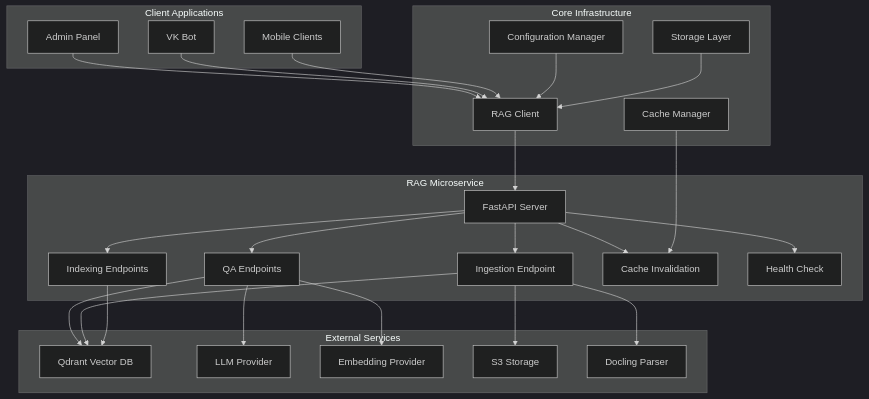
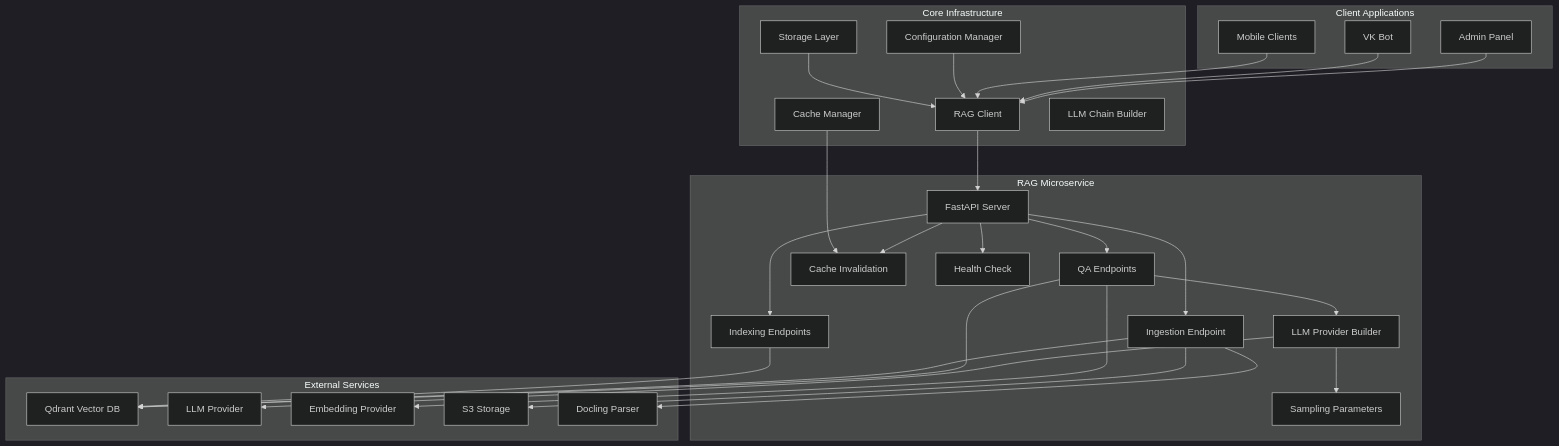
Before and after one commit to ognelis/cafetera_hr_bot: the first of 13 diagrams in .qoder/repowiki/en/content/API Reference/RAG Client Integration.md, drawn with Mermaid (dark theme). The commit also changed other lines of this file and 9 other files, not shown here.

````diff
--- a/.qoder/repowiki/en/content/API Reference/RAG Client Integration.md
+++ b/.qoder/repowiki/en/content/API Reference/RAG Client Integration.md
@@ -51,48 +56,53 @@
 ```mermaid
 graph TB
 subgraph "Client Applications"
 Admin[Admin Panel]
 VKBot[VK Bot]
 Mobile[Mobile Clients]
 end
 subgraph "Core Infrastructure"
 RAGClient[RAG Client]
 Config[Configuration Manager]
 Storage[Storage Layer]
 CacheManager[Cache Manager]
+LLMChain[LLM Chain Builder]
 end
 subgraph "RAG Microservice"
 FastAPI[FastAPI Server]
 QAEndpoints[QA Endpoints]
 Indexing[Indexing Endpoints]
 Ingest[Ingestion Endpoint]
 CacheInvalidation[Cache Invalidation]
 Health[Health Check]
+LLMBuilder[LLM Provider Builder]
+SamplingParams[Sampling Parameters]
 end
 subgraph "External Services"
 Qdrant[Qdrant Vector DB]
 LLMProvider[LLM Provider]
 EmbeddingProvider[Embedding Provider]
 S3Storage[S3 Storage]
 DoclingParser[Docling Parser]
 end
 Admin --> RAGClient
 VKBot --> RAGClient
 Mobile --> RAGClient
 RAGClient --> FastAPI
 FastAPI --> QAEndpoints
 FastAPI --> Indexing
 FastAPI --> Ingest
 FastAPI --> CacheInvalidation
 FastAPI --> Health
+QAEndpoints --> LLMBuilder
+LLMBuilder --> LLMProvider
+LLMBuilder --> SamplingParams
 QAEndpoints --> Qdrant
-QAEndpoints --> LLMProvider
 QAEndpoints --> EmbeddingProvider
 Ingest --> S3Storage
 Ingest --> DoclingParser
 Ingest --> Qdrant
 Indexing --> Qdrant
 CacheManager --> CacheInvalidation
 Config --> RAGClient
 Storage --> RAGClient
 ```
````
